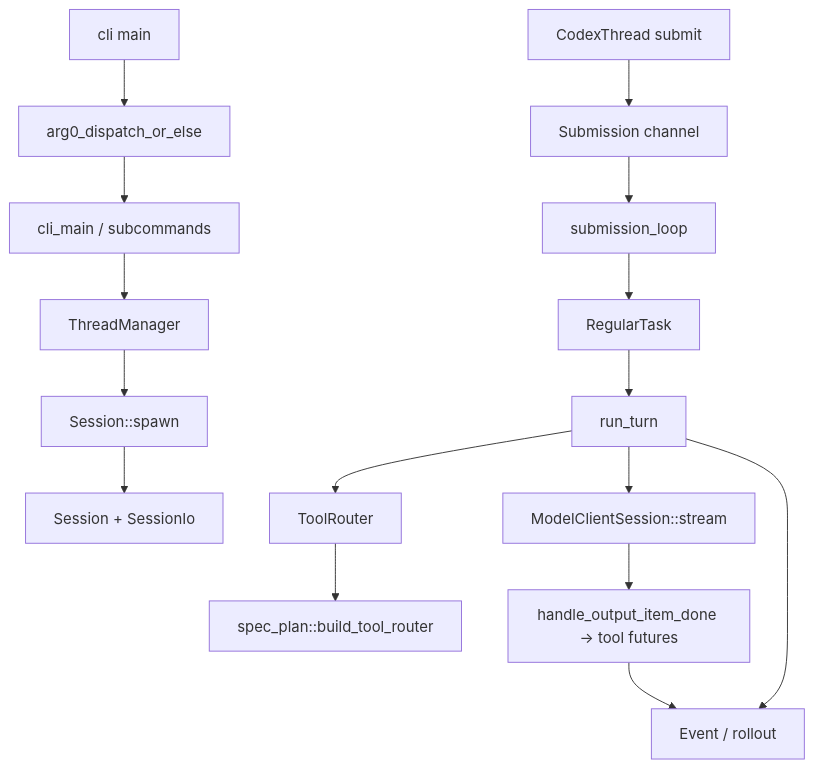
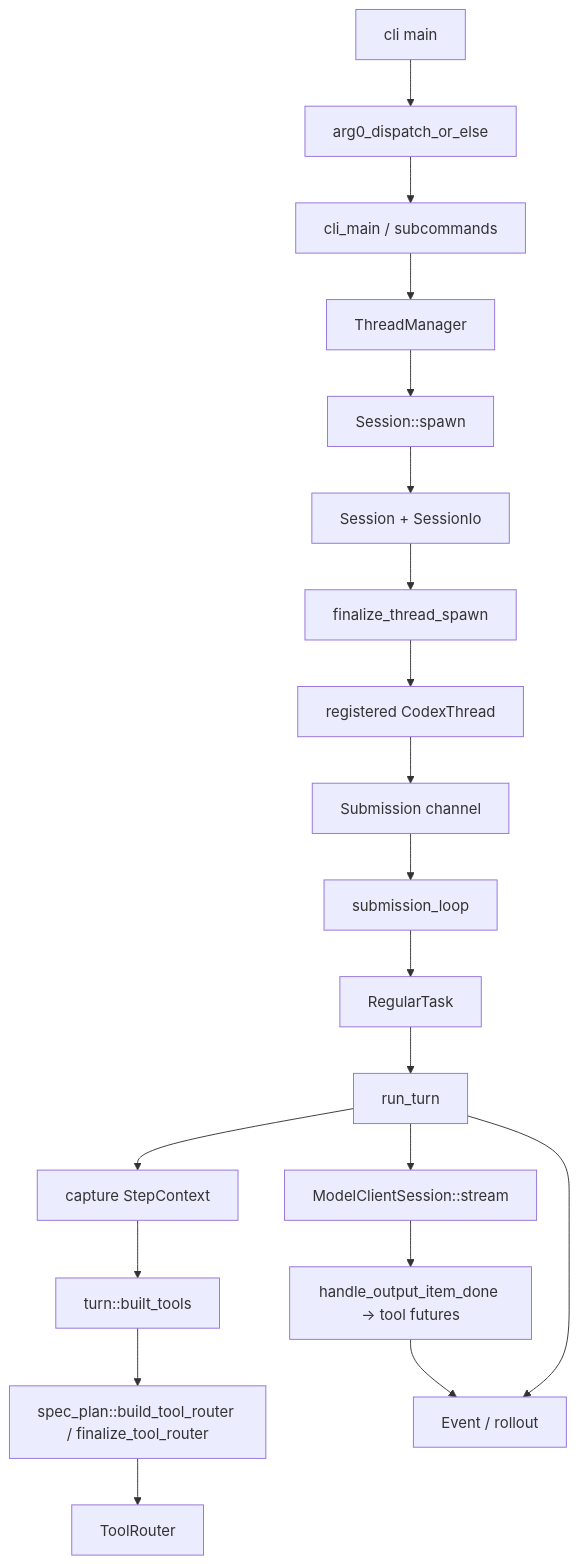
Before and after one commit to wdnmdtonyma/SOTA-Agent-LLM-Wiki: the diagram in docs/llm-wiki/codex/spine/overview.md, drawn with Mermaid. The commit also changed other lines of this file and 183 other files, not shown here.

````diff
--- a/docs/llm-wiki/codex/spine/overview.md
+++ b/docs/llm-wiki/codex/spine/overview.md
@@ -23,18 +23,22 @@
 ```mermaid
 flowchart TD
     CLI["cli main"] --> ARG0["arg0_dispatch_or_else"]
     ARG0 --> CLI_MAIN["cli_main / subcommands"]
     CLI_MAIN --> TM["ThreadManager"]
     TM --> SPAWN["Session::spawn"]
     SPAWN --> SESSION["Session + SessionIo"]
-    CLIENT["CodexThread submit"] --> SQ["Submission channel"]
+    SESSION --> FINALIZE["finalize_thread_spawn"]
+    FINALIZE --> CLIENT["registered CodexThread"]
+    CLIENT --> SQ["Submission channel"]
     SQ --> LOOP["submission_loop"]
     LOOP --> TASK["RegularTask"]
     TASK --> TURN["run_turn"]
+    TURN --> STEP["capture StepContext"]
+    STEP --> BUILT["turn::built_tools"]
+    BUILT --> SPECPLAN["spec_plan::build_tool_router / finalize_tool_router"]
+    SPECPLAN --> ROUTER["ToolRouter"]
     TURN --> STREAM["ModelClientSession::stream"]
-    TURN --> ROUTER["ToolRouter"]
-    ROUTER --> SPECPLAN["spec_plan::build_tool_router"]
     STREAM --> TOOLS["handle_output_item_done -> tool futures"]
     TOOLS --> EQ["Event / rollout"]
     TURN --> EQ
 ```
````
